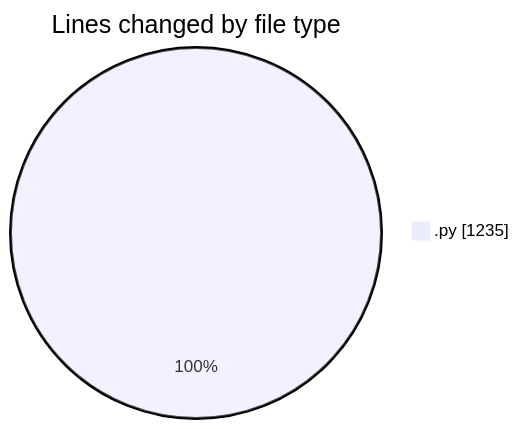
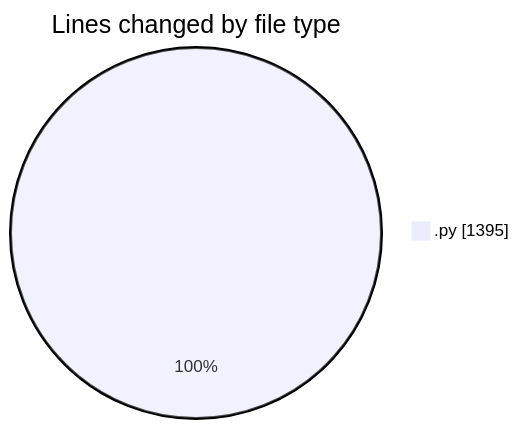
The first of 2 diagrams in 2025-05-08/myws__workspace_/README.md (MatusMokan/code-tracking), drawn with Mermaid before and after one commit. The commit also changed other lines of this file and 1 other file, not shown here.

````diff
--- a/2025-05-08/myws__workspace_/README.md
+++ b/2025-05-08/myws__workspace_/README.md
@@ -21,5 +22,5 @@
 ```mermaid
 pie showData
 title Lines changed by file type
-".py" : 1235
+".py" : 1395
 ```
````
